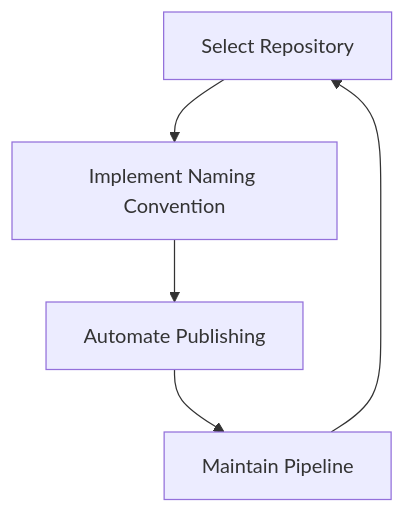
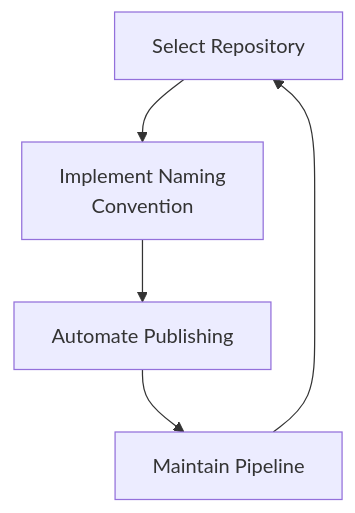
One commit to NASA-AMMOS/slim changed the first of 3 diagrams in docs/guides/software-lifecycle/continuous-delivery/readme.md. Above: the diagram before and after it, drawn with Mermaid.

````diff
--- a/docs/guides/software-lifecycle/continuous-delivery/readme.md
+++ b/docs/guides/software-lifecycle/continuous-delivery/readme.md
@@ -23,6 +23,6 @@
 ```mermaid
 graph TD
-    Repository[Select Repository] --> Naming[Implement Naming Convention] --> Automate[Automate Publishing]
+    Repository[Select Repository] --> Naming[Implement Naming <br/>Convention] --> Automate[Automate Publishing]
     Automate --> Maintain[Maintain Pipeline]
     Maintain --> Repository
 ```
````
